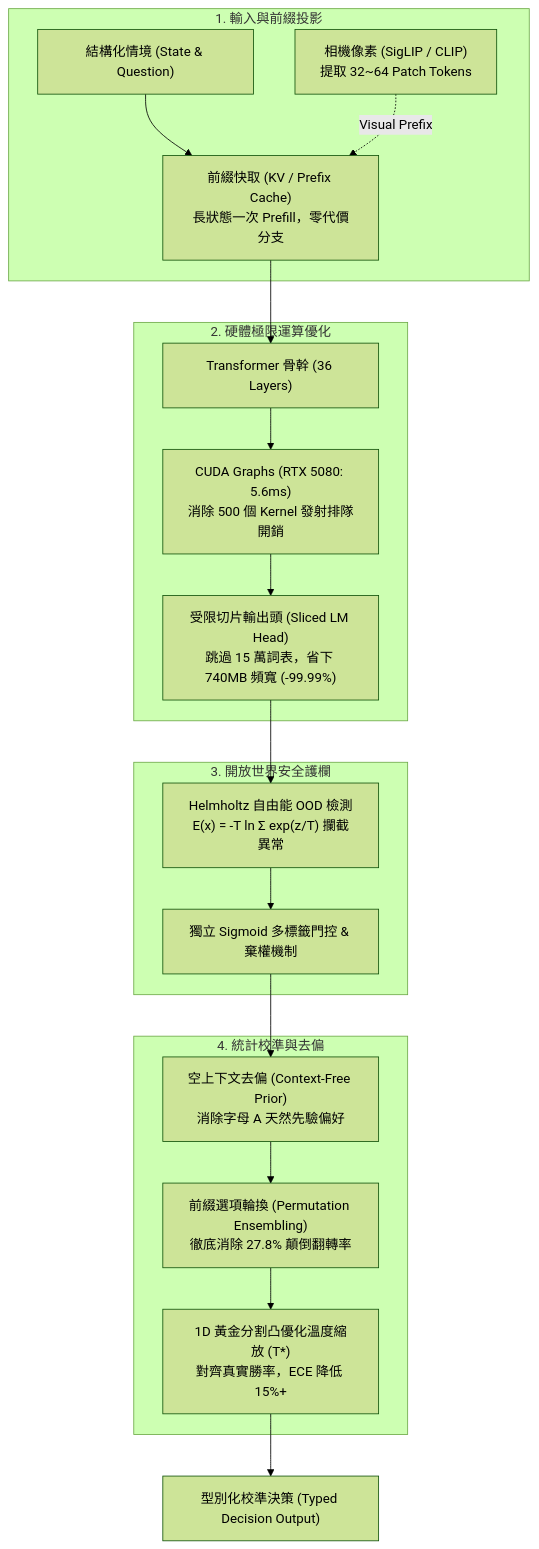
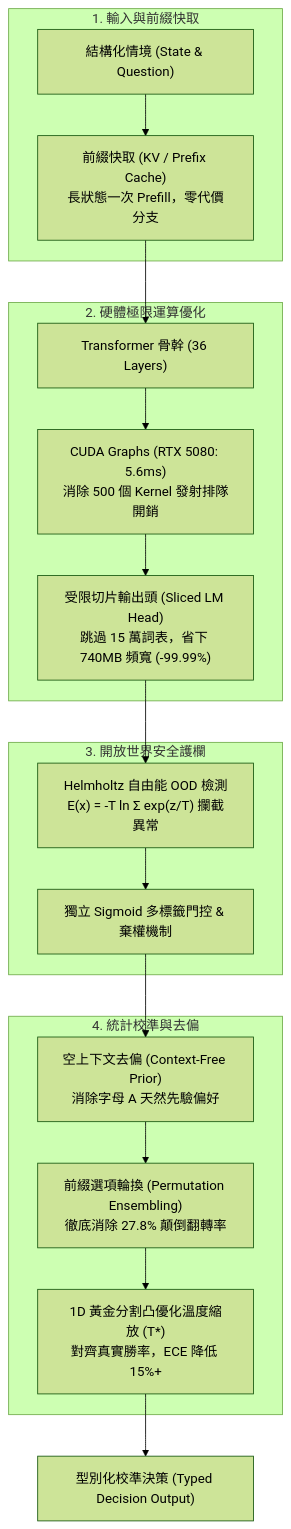
One commit to EndeavorYen/SemArbiter changed the diagram in README.md. Above: the diagram before and after it, drawn with Mermaid (forest theme). The commit also changed other lines of this file and 94 other files, not shown here.

````diff
--- a/README.md
+++ b/README.md
@@ -132,37 +116,35 @@
 ```mermaid
 flowchart TD
-    subgraph InputStage ["1. 輸入與前綴投影"]
+    subgraph InputStage ["1. 輸入與前綴快取"]
         Prompt["結構化情境 (State & Question)"]
-        Vision["相機像素 (SigLIP / CLIP)<br/>提取 32~64 Patch Tokens"]
         KVCache["前綴快取 (KV / Prefix Cache)<br/>長狀態一次 Prefill，零代價分支"]
         Prompt --> KVCache
-        Vision -.->|Visual Prefix| KVCache
     end
 
     subgraph ComputeStage ["2. 硬體極限運算優化"]
         Backbone["Transformer 骨幹 (36 Layers)"]
         Graph["CUDA Graphs (RTX 5080: 5.6ms)<br/>消除 500 個 Kernel 發射排隊開銷"]
         Sliced["受限切片輸出頭 (Sliced LM Head)<br/>跳過 15 萬詞表，省下 740MB 頻寬 (-99.99%)"]
         KVCache --> Backbone
         Backbone --> Graph
         Graph --> Sliced
     end
 
     subgraph DefenseStage ["3. 開放世界安全護欄"]
         Energy["Helmholtz 自由能 OOD 檢測<br/>E(x) = -T ln Σ exp(z/T) 攔截異常"]
         Sigmoid["獨立 Sigmoid 多標籤門控 & 棄權機制"]
         Sliced --> Energy
         Energy --> Sigmoid
     end
 
     subgraph CalibrationStage ["4. 統計校準與去偏"]
         Prior["空上下文去偏 (Context-Free Prior)<br/>消除字母 A 天然先驗偏好"]
         Permute["前綴選項輪換 (Permutation Ensembling)<br/>徹底消除 27.8% 顛倒翻轉率"]
         Temp["1D 黃金分割凸優化溫度縮放 (T*)<br/>對齊真實勝率，ECE 降低 15%+"]
         Sigmoid --> Prior
         Prior --> Permute
         Permute --> Temp
     end
 
     Temp --> Output["型別化校準決策 (Typed Decision Output)"]
 ```
````
